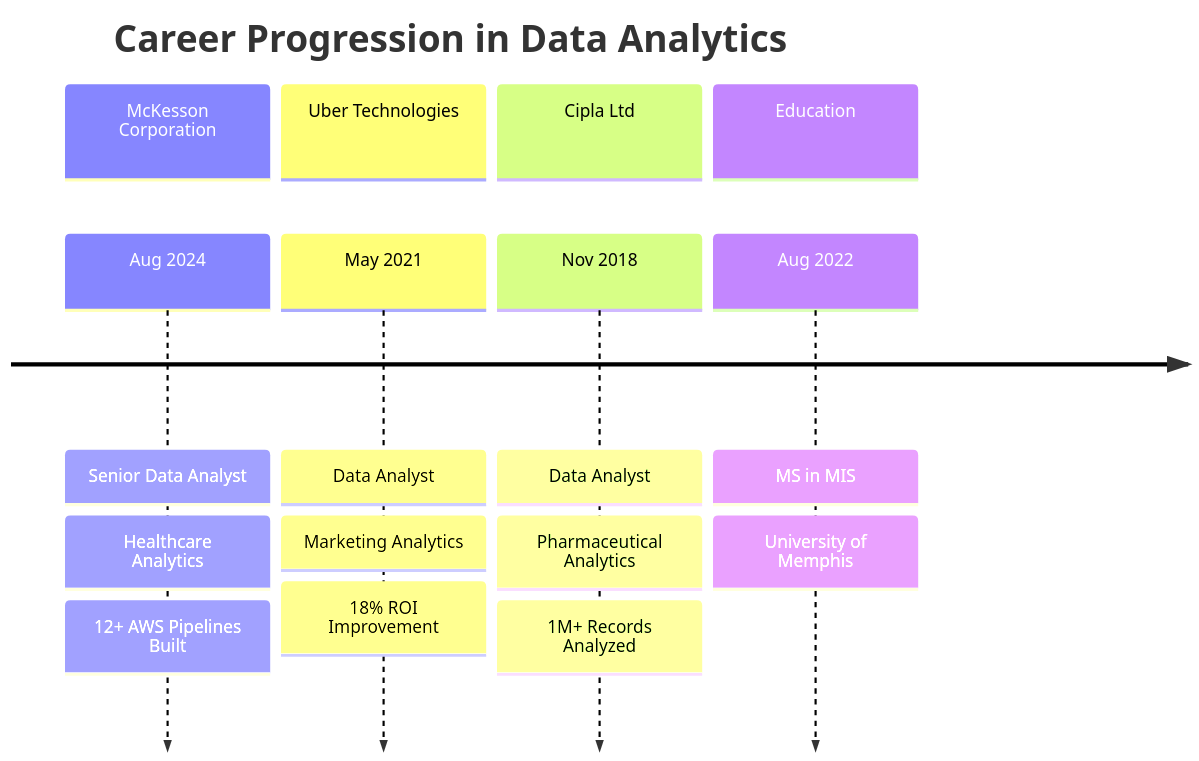
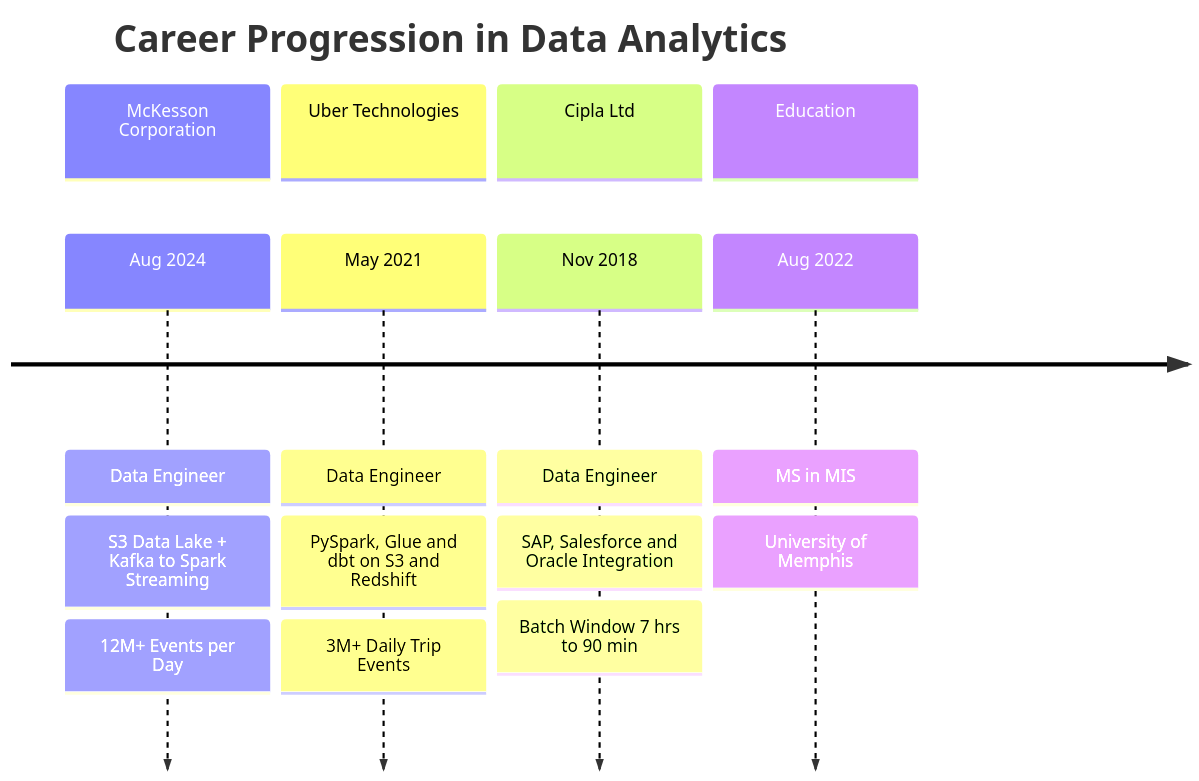
One commit to srikarvechalapu/srikarvechalapu changed the third of 3 diagrams in README.md. Above: the diagram before and after it, drawn with Mermaid. The commit also changed other lines of this file, not shown here.

First line of the commit message:
Revise README for Data Engineer profile update

````diff
--- a/README.md
+++ b/README.md
@@ -122,19 +133,19 @@
 ```mermaid
 timeline
     title Career Progression in Data Analytics
     section McKesson Corporation
-        Aug 2024 : Senior Data Analyst
-                 : Healthcare Analytics
-                 : 12+ AWS Pipelines Built
+        Aug 2024 : Data Engineer
+                 : S3 Data Lake + Kafka to Spark Streaming
+                 : 12M+ Events per Day
     section Uber Technologies
-        May 2021 : Data Analyst
-                 : Marketing Analytics
-                 : 18% ROI Improvement
+        May 2021 : Data Engineer
+                 : PySpark, Glue and dbt on S3 and Redshift
+                 : 3M+ Daily Trip Events
     section Cipla Ltd
-        Nov 2018 : Data Analyst
-                 : Pharmaceutical Analytics
-                 : 1M+ Records Analyzed
+        Nov 2018 : Data Engineer
+                 : SAP, Salesforce and Oracle Integration
+                 : Batch Window 7 hrs to 90 min
     section Education
         Aug 2022 : MS in MIS
                  : University of Memphis
 ```
````
